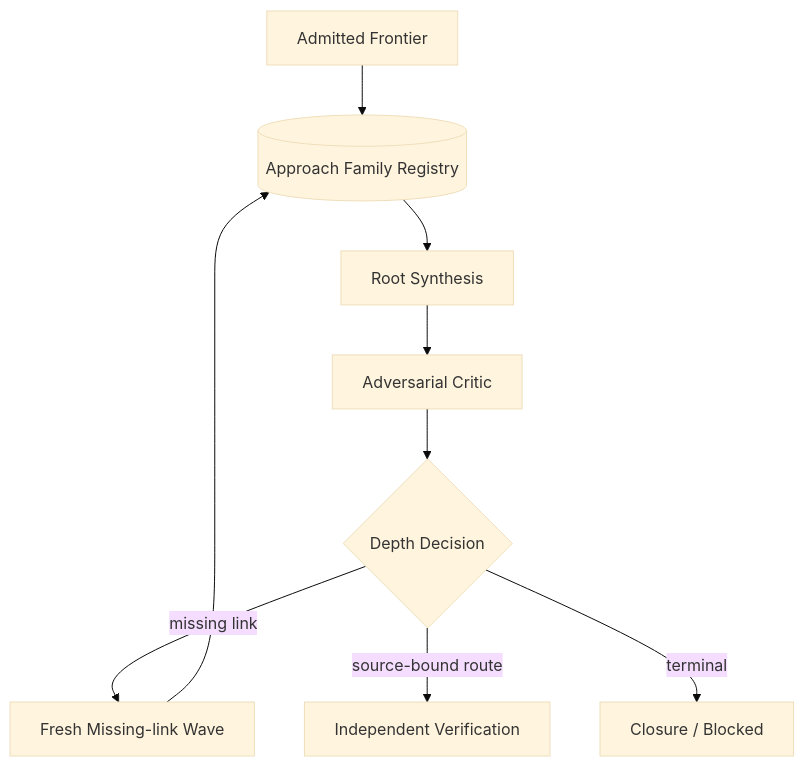
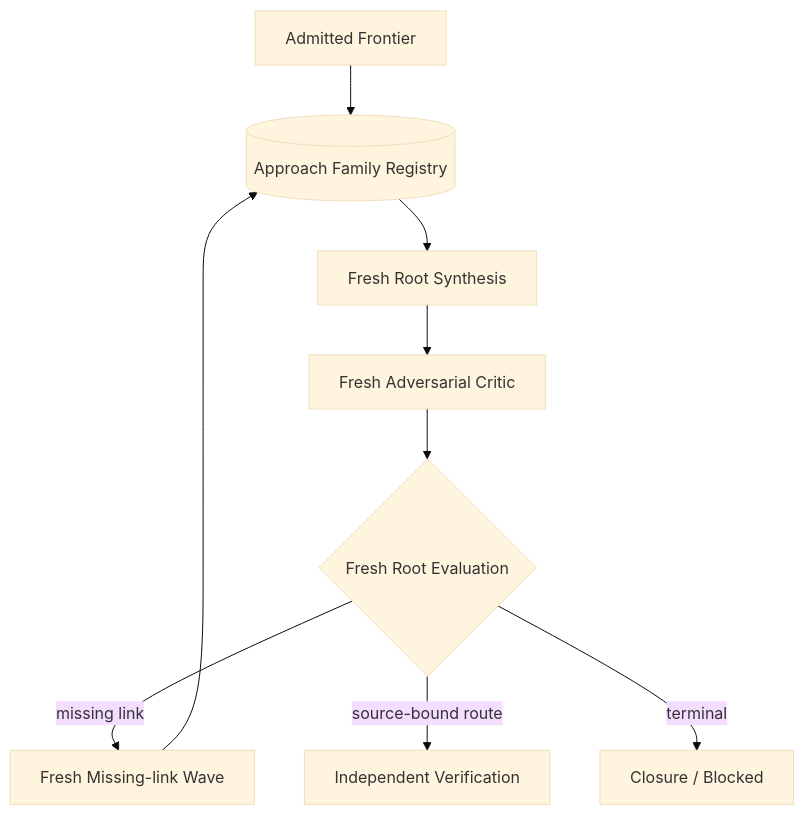
One commit to momoponwork1415-lgtm/wordpress-harness changed the second of 2 diagrams in docs/design/exploration-seam.md. Above: the diagram before and after it, drawn with Mermaid (base theme). The commit also changed other lines of this file and 100 other files, not shown here.

````diff
--- a/docs/design/exploration-seam.md
+++ b/docs/design/exploration-seam.md
@@ -52,7 +170,7 @@
 ```mermaid
 flowchart TB
-    frontier["Admitted Frontier"] --> registry[("Approach Family Registry")] --> synthesis["Root Synthesis"] --> critic["Adversarial Critic"] --> decision{"Depth Decision"}
+    frontier["Admitted Frontier"] --> registry[("Approach Family Registry")] --> synthesis["Fresh Root Synthesis"] --> critic["Fresh Adversarial Critic"] --> decision{"Fresh Root Evaluation"}
     decision -->|"missing link"| next["Fresh Missing-link Wave"] --> registry
     decision -->|"source-bound route"| verify["Independent Verification"]
     decision -->|"terminal"| stop["Closure / Blocked"]
 ```
````
